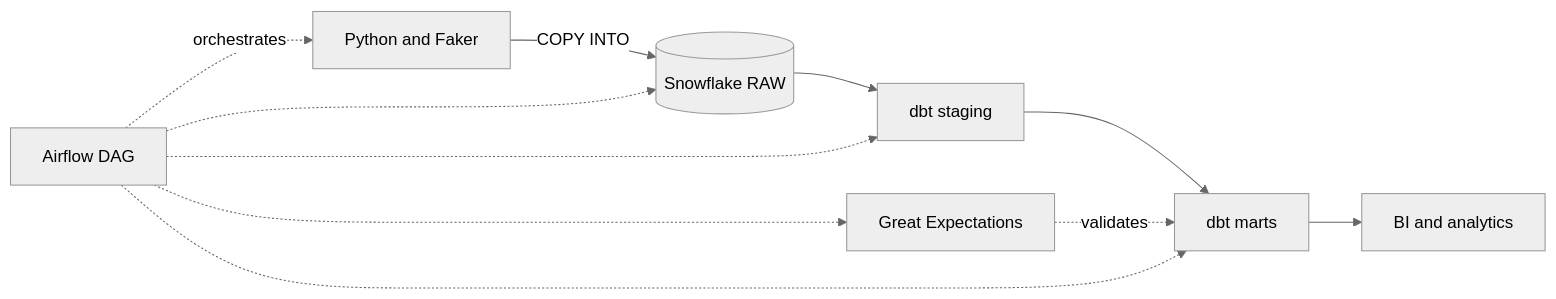
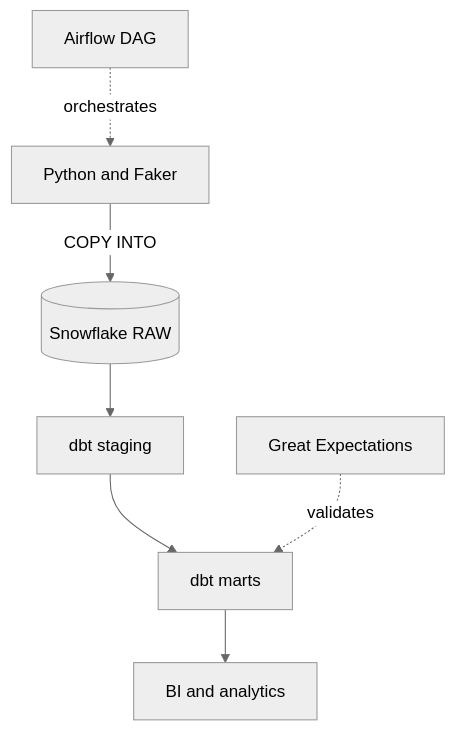
One commit to Prasanna38430/shopstream-analytics changed the diagram in README.md. Above: the diagram before and after it, drawn with Mermaid (neutral theme).

Commit message:
make architecture diagram vertical so the github zoom controls dont overlap it

````diff
--- a/README.md
+++ b/README.md
@@ -11,14 +11,10 @@
 ```mermaid
-flowchart LR
+flowchart TD
     A[Python and Faker] -->|COPY INTO| B[(Snowflake RAW)]
     B --> C[dbt staging]
     C --> D[dbt marts]
     D --> E[BI and analytics]
 
+    AF[Airflow DAG] -. orchestrates .-> A
     GE[Great Expectations] -. validates .-> D
-    AF[Airflow DAG] -. orchestrates .-> A
-    AF -.-> B
-    AF -.-> C
-    AF -.-> D
-    AF -.-> GE
 ```
````
